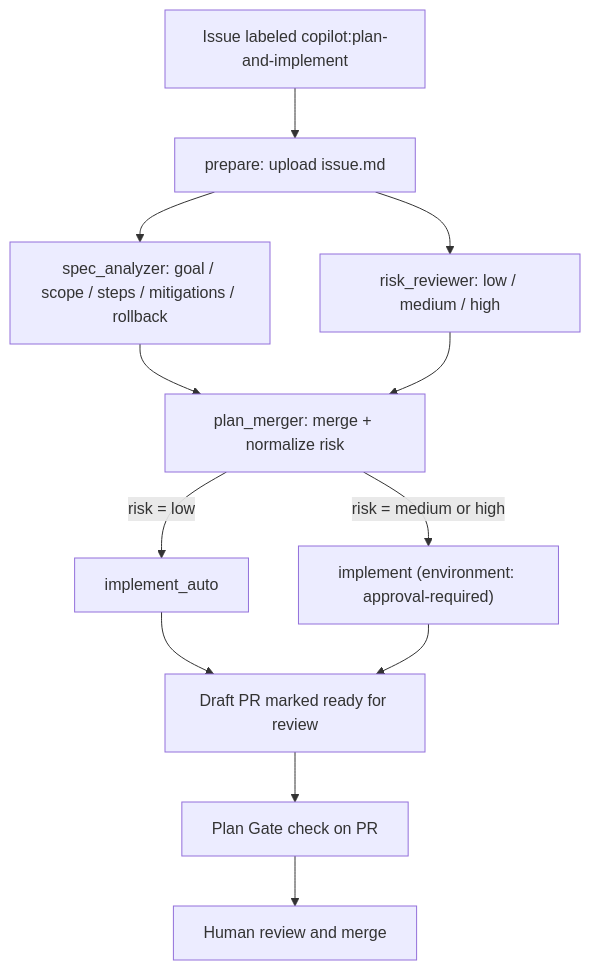
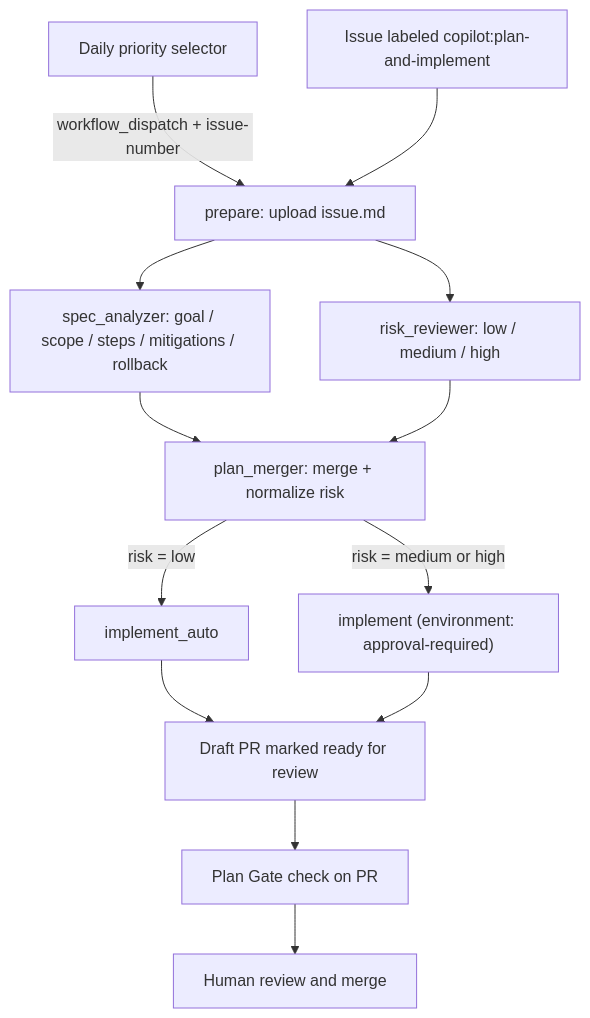
Before and after one commit to RickardHF/tst: the diagram in docs/agent-orchestration.md, drawn with Mermaid. The commit also changed other lines of this file and 1 other file, not shown here.

Commit message:
feat: add daily plan and implement workflow to select and dispatch issues

````diff
--- a/docs/agent-orchestration.md
+++ b/docs/agent-orchestration.md
@@ -28,14 +68,15 @@
 ```mermaid
 flowchart TD
-    A["Issue labeled copilot:plan-and-implement"] --> B["prepare: upload issue.md"]
+  S["Daily priority selector"] -->|"workflow_dispatch + issue-number"| B["prepare: upload issue.md"]
+  A["Issue labeled copilot:plan-and-implement"] --> B
     B --> C["spec_analyzer: goal / scope / steps / mitigations / rollback"]
     B --> D["risk_reviewer: low / medium / high"]
     C --> E["plan_merger: merge + normalize risk"]
     D --> E
     E -- "risk = low" --> F["implement_auto"]
     E -- "risk = medium or high" --> G["implement (environment: approval-required)"]
     F --> H["Draft PR marked ready for review"]
     G --> H
     H --> I["Plan Gate check on PR"]
     I --> J["Human review and merge"]
 ```
````
